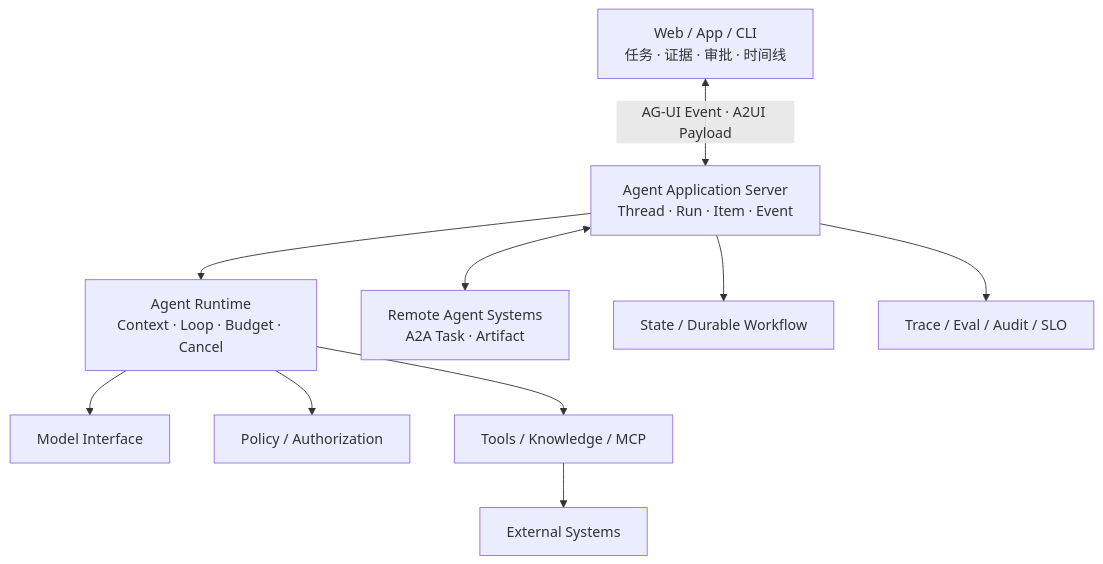
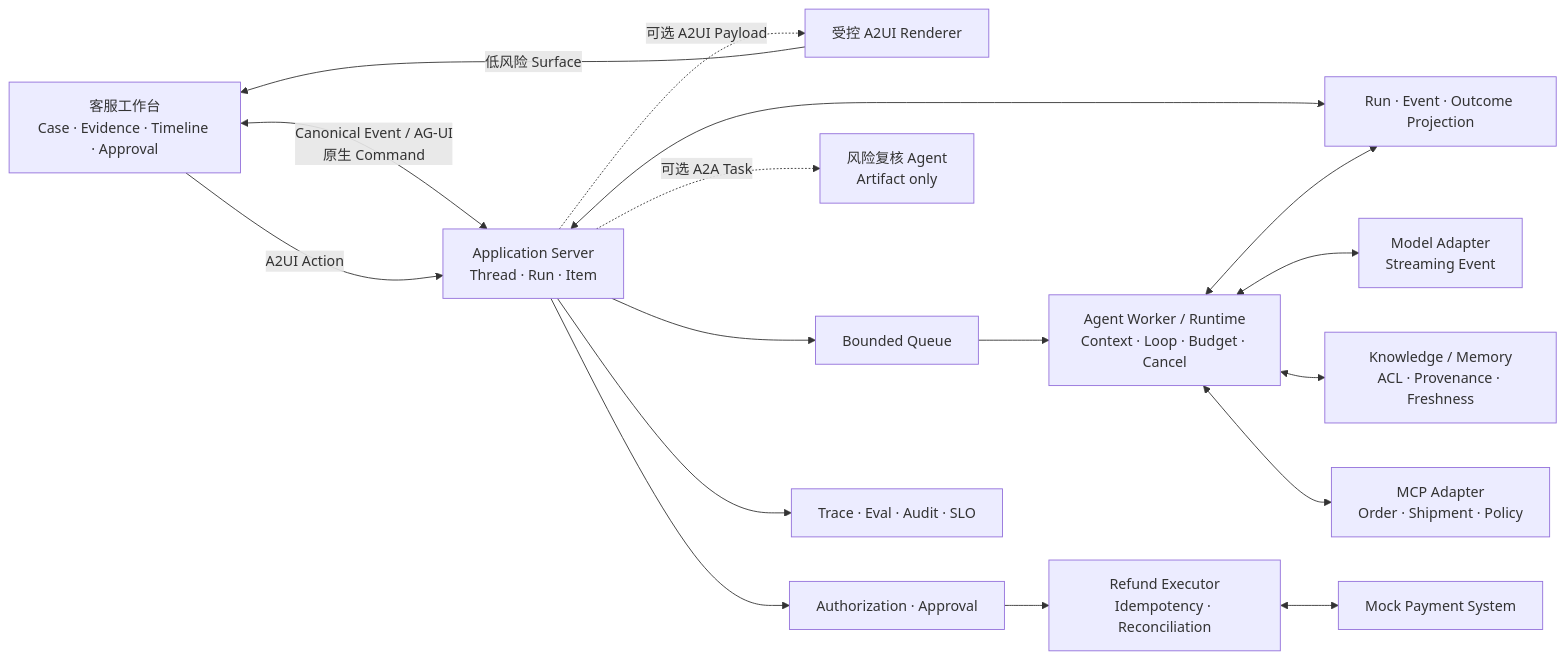
One commit to whatthehan/masterpiece-static-docs changed the diagram in site/index.md. Above: the diagram before and after it, drawn with Mermaid. The commit also changed other lines of this file and 252 other files, not shown here.

````diff
--- a/site/index.md
+++ b/site/index.md
@@ -21,12 +53,19 @@
 ```mermaid
-flowchart TD
-    UI["Web / App / CLI<br/>任务 · 证据 · 审批 · 时间线"] <-->|"AG-UI Event · A2UI Payload"| S["Agent Application Server<br/>Thread · Run · Item · Event"]
-    S --> R["Agent Runtime<br/>Context · Loop · Budget · Cancel"]
-    S <--> A["Remote Agent Systems<br/>A2A Task · Artifact"]
-    R --> M["Model Interface"]
-    R --> P["Policy / Authorization"]
-    R --> T["Tools / Knowledge / MCP"]
-    T --> X["External Systems"]
-    S --> D["State / Durable Workflow"]
-    S --> E["Trace / Eval / Audit / SLO"]
+flowchart LR
+    UI["客服工作台<br/>Case · Evidence · Timeline · Approval"] <-->|"Canonical Event / AG-UI<br/>原生 Command"| APP["Application Server<br/>Thread · Run · Item"]
+    APP -.->|"可选 A2UI Payload"| RENDERER["受控 A2UI Renderer"]
+    RENDERER -->|"低风险 Surface"| UI
+    UI -->|"A2UI Action"| APP
+    APP --> QUEUE["Bounded Queue"]
+    QUEUE --> RUNTIME["Agent Worker / Runtime<br/>Context · Loop · Budget · Cancel"]
+    APP <--> STORE["Run · Event · Outcome Projection"]
+    RUNTIME <--> STORE
+    RUNTIME <--> MODEL["Model Adapter<br/>Streaming Event"]
+    RUNTIME <--> KNOWLEDGE["Knowledge / Memory<br/>ACL · Provenance · Freshness"]
+    RUNTIME <--> MCP["MCP Adapter<br/>Order · Shipment · Policy"]
+    APP -.->|"可选 A2A Task"| REVIEW["风险复核 Agent<br/>Artifact only"]
+    APP --> POLICY["Authorization · Approval"]
+    POLICY --> EXEC["Refund Executor<br/>Idempotency · Reconciliation"]
+    EXEC <--> PAYMENT["Mock Payment System"]
+    APP --> OBS["Trace · Eval · Audit · SLO"]
 ```
````
